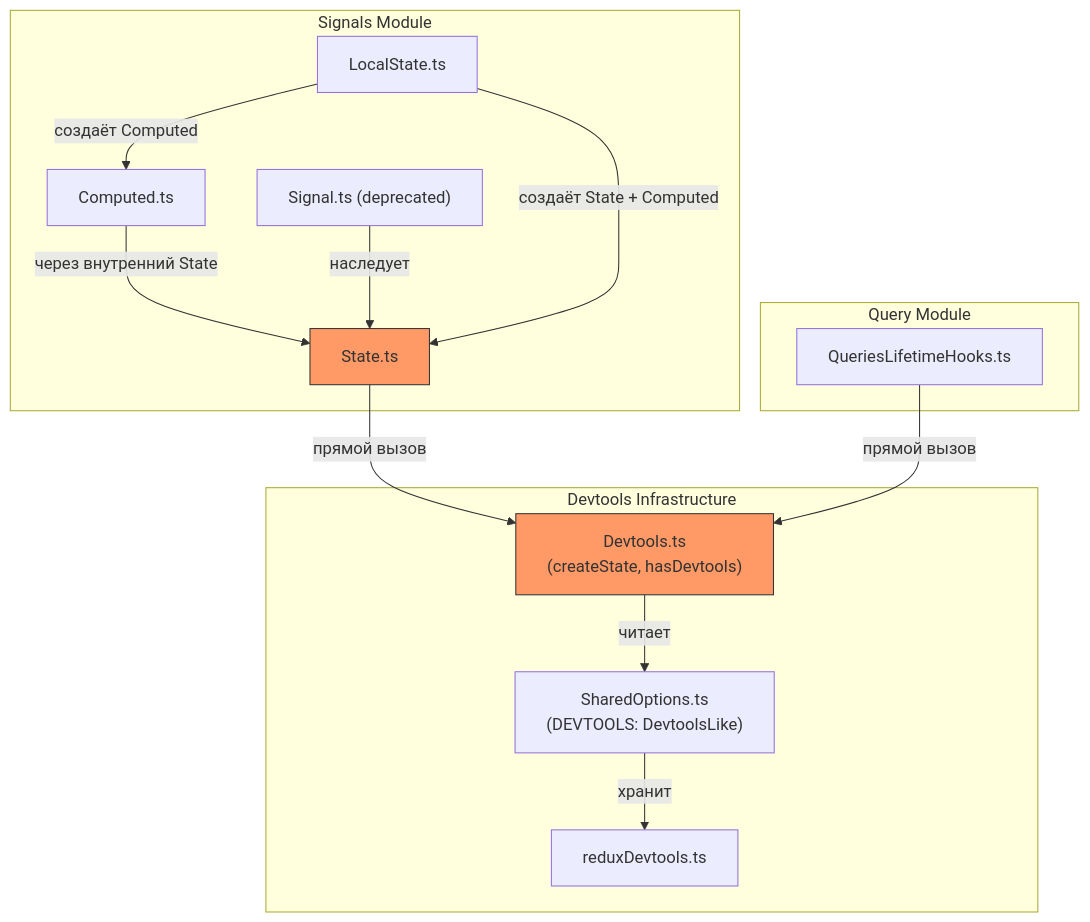
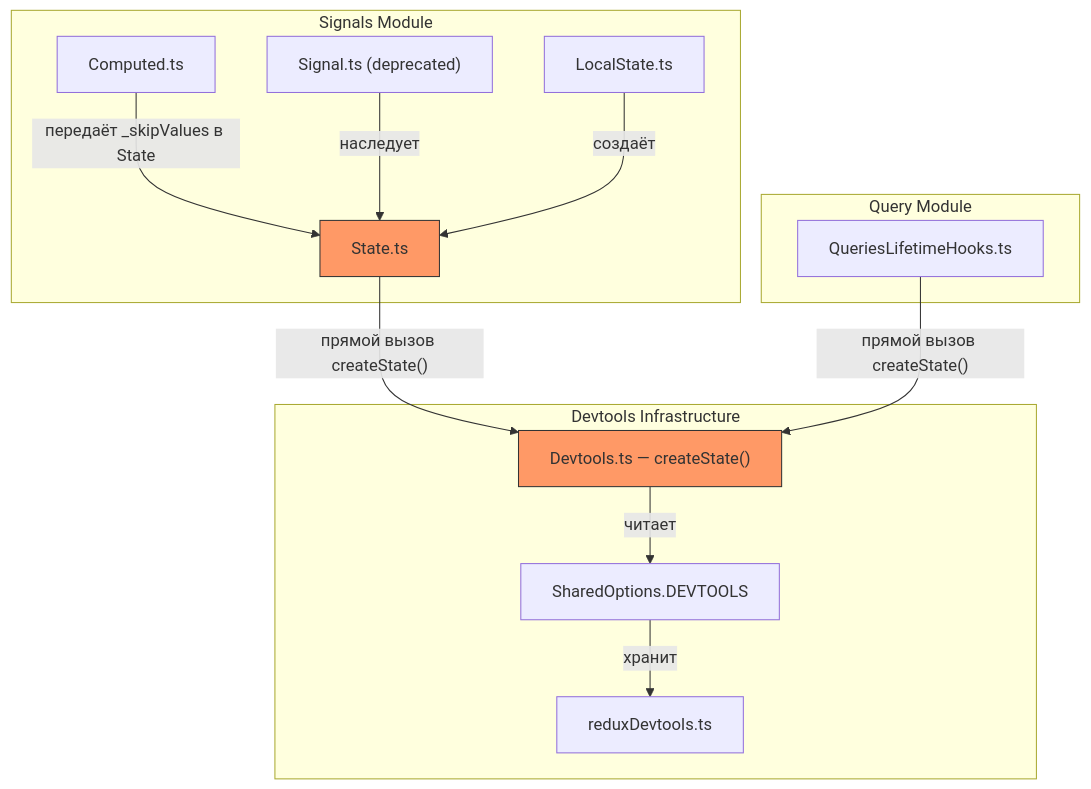
One commit to fozy-labs/rx-toolkit changed the first of 6 diagrams in .thoughts/2026-03-11_signal-devtools-lifecycle/02-design/01-architecture.md. Above: the diagram before and after it, drawn with Mermaid. The commit also changed other lines of this file and 9 other files, not shown here.

````diff
--- a/.thoughts/2026-03-11_signal-devtools-lifecycle/02-design/01-architecture.md
+++ b/.thoughts/2026-03-11_signal-devtools-lifecycle/02-design/01-architecture.md
@@ -14,31 +20,30 @@
 ```mermaid
 graph TD
     subgraph "Signals Module"
         State["State.ts"]
         Computed["Computed.ts"]
         Signal["Signal.ts (deprecated)"]
         LocalState["LocalState.ts"]
     end
 
     subgraph "Devtools Infrastructure"
-        DevtoolsBridge["Devtools.ts<br/>(createState, hasDevtools)"]
-        SharedOpts["SharedOptions.ts<br/>(DEVTOOLS: DevtoolsLike)"]
+        DevtoolsBridge["Devtools.ts — createState()"]
+        SharedOpts["SharedOptions.DEVTOOLS"]
         ReduxDT["reduxDevtools.ts"]
     end
 
     subgraph "Query Module"
         QueriesLH["QueriesLifetimeHooks.ts"]
     end
 
-    State -->|"прямой вызов"| DevtoolsBridge
-    Computed -->|"через внутренний State"| State
+    State -->|"прямой вызов createState()"| DevtoolsBridge
+    Computed -->|"передаёт _skipValues в State"| State
     Signal -->|"наследует"| State
-    LocalState -->|"создаёт State + Computed"| State
-    LocalState -->|"создаёт Computed"| Computed
-    QueriesLH -->|"прямой вызов"| DevtoolsBridge
+    LocalState -->|"создаёт"| State
+    QueriesLH -->|"прямой вызов createState()"| DevtoolsBridge
     DevtoolsBridge -->|"читает"| SharedOpts
     SharedOpts -->|"хранит"| ReduxDT
 
     style DevtoolsBridge fill:#f96,stroke:#333
     style State fill:#f96,stroke:#333
 ```
````
